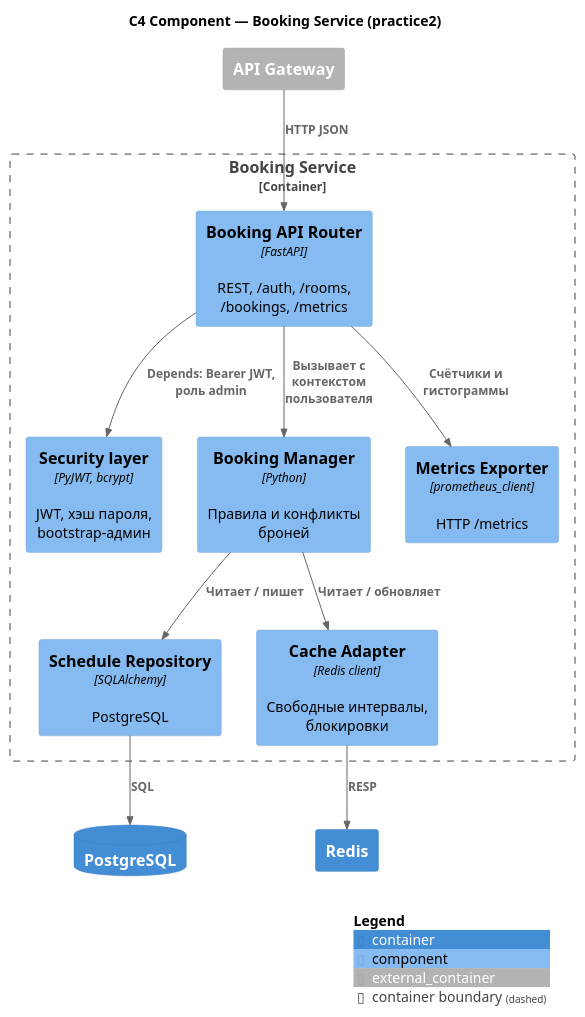
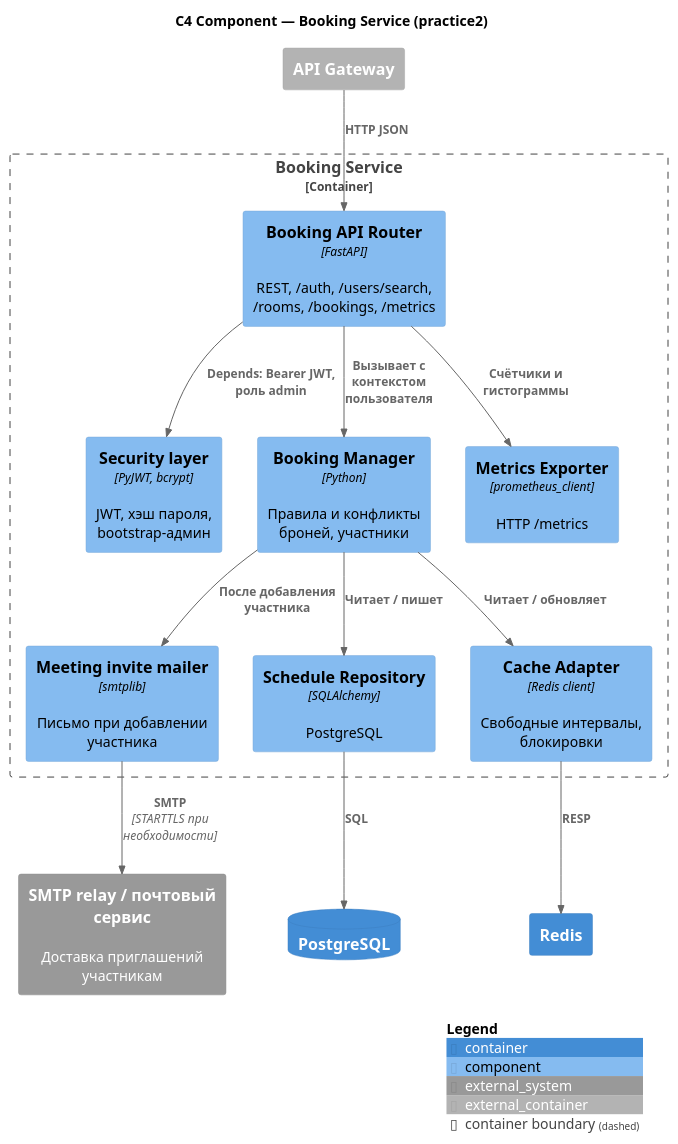
One commit to SmknSe/IPPO_pr9-12 changed the diagram in practice1/diagrams/component.puml. Above: the diagram before and after it, drawn with PlantUML. The commit also changed 21 other files, not shown here.

First line of the commit message:
Участники встречи, SMTP-приглашения, актуализация отчётов и диаграмм

```diff
--- a/practice1/diagrams/component.puml
+++ b/practice1/diagrams/component.puml
@@ -1,29 +1,34 @@
 @startuml
 !include https://raw.githubusercontent.com/plantuml-stdlib/C4-PlantUML/master/C4_Component.puml
 
 title C4 Component — Booking Service (practice2)
 
+System_Ext(notifier, "SMTP relay / почтовый сервис", "Доставка приглашений участникам")
+
 Container_Boundary(booking, "Booking Service") {
-  Component(api, "Booking API Router", "FastAPI", "REST, /auth, /rooms, /bookings, /metrics")
+  Component(api, "Booking API Router", "FastAPI", "REST, /auth, /users/search, /rooms, /bookings, /metrics")
   Component(auth, "Security layer", "PyJWT, bcrypt", "JWT, хэш пароля, bootstrap-админ")
-  Component(service, "Booking Manager", "Python", "Правила и конфликты броней")
+  Component(service, "Booking Manager", "Python", "Правила и конфликты броней, участники")
+  Component(mail, "Meeting invite mailer", "smtplib", "Письмо при добавлении участника")
   Component(repo, "Schedule Repository", "SQLAlchemy", "PostgreSQL")
   Component(cacheAdapter, "Cache Adapter", "Redis client", "Свободные интервалы, блокировки")
   Component(metrics, "Metrics Exporter", "prometheus_client", "HTTP /metrics")
 }
 
 Container_Ext(gateway, "API Gateway")
 ContainerDb(pg, "PostgreSQL")
 Container(redis, "Redis")
 
 Rel(gateway, api, "HTTP JSON")
 Rel(api, auth, "Depends: Bearer JWT, роль admin")
 Rel(api, service, "Вызывает с контекстом пользователя")
 Rel(service, repo, "Читает / пишет")
 Rel(service, cacheAdapter, "Читает / обновляет")
+Rel(service, mail, "После добавления участника")
+Rel(mail, notifier, "SMTP", "STARTTLS при необходимости")
 Rel(repo, pg, "SQL")
 Rel(cacheAdapter, redis, "RESP")
 Rel(api, metrics, "Счётчики и гистограммы")
 
 SHOW_LEGEND()
 @enduml
```
